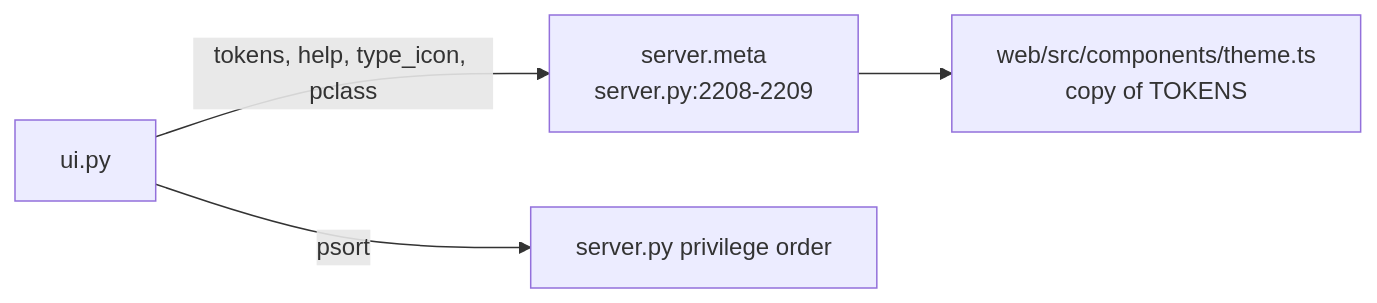
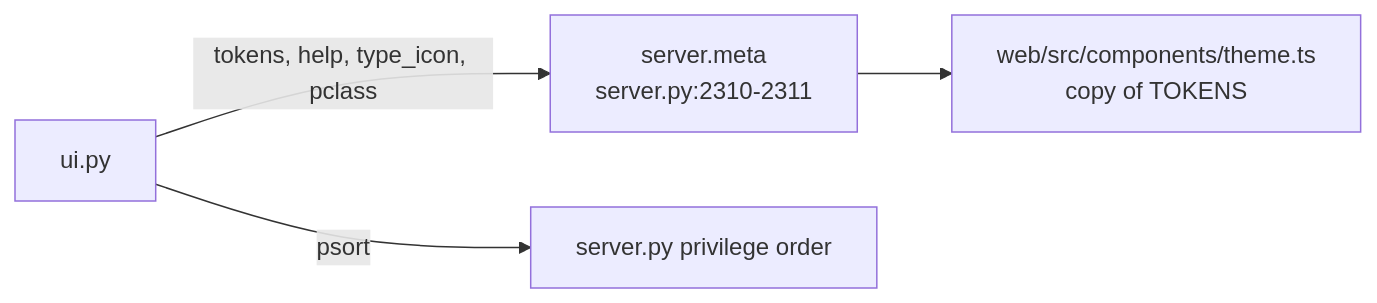
The diagram in snowflake-access-explorer-knowledge-graph/modules/ui.md (darshanmeel/snowflake-access-explorer), drawn with Mermaid before and after one commit. The commit also changed 82 other files, not shown here.

Commit message:
Knowledge graph: parts store, two-stage load, background refresh, DuckDB rule walk, kept rule results, review fixes (to 448bdbb)

````diff
--- a/snowflake-access-explorer-knowledge-graph/modules/ui.md
+++ b/snowflake-access-explorer-knowledge-graph/modules/ui.md
@@ -6,6 +6,6 @@
 ```mermaid
 flowchart LR
-  UI[ui.py] -->|tokens, help, type_icon, pclass| M[server.meta<br/>server.py:2208-2209]
+  UI[ui.py] -->|tokens, help, type_icon, pclass| M[server.meta<br/>server.py:2310-2311]
   M --> W[web/src/components/theme.ts<br/>copy of TOKENS]
   UI -->|psort| S[server.py privilege order]
 ```
````
